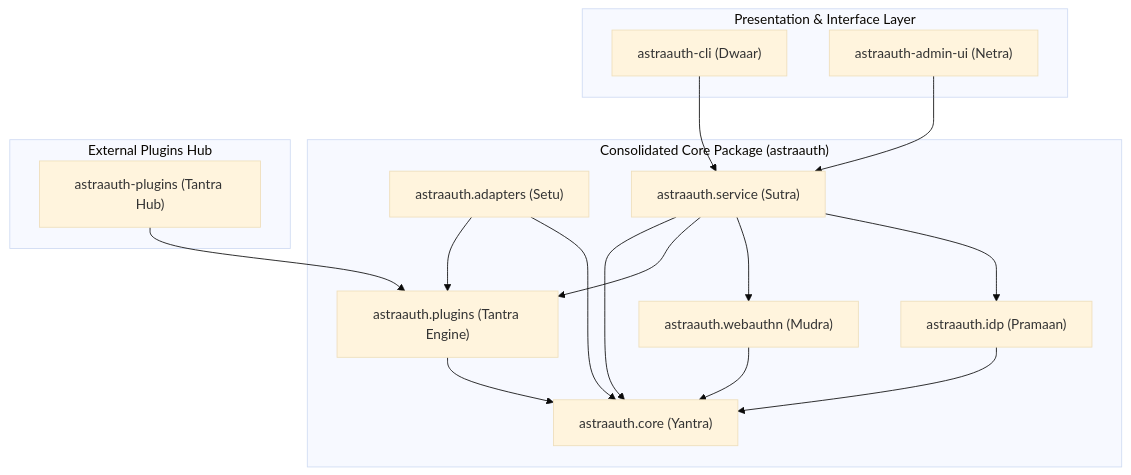
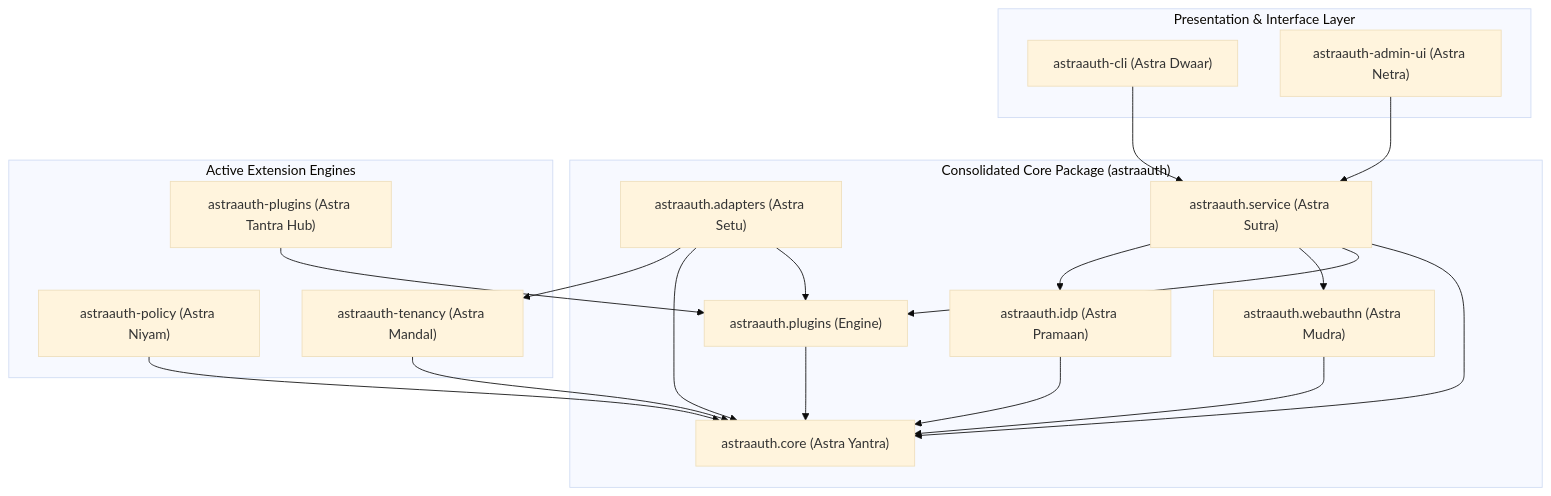
Before and after one commit to groverankur/Astra: the second of 7 diagrams in docs/about/architecture_and_workflows.md, drawn with Mermaid (base theme). The commit also changed other lines of this file and 59 other files, not shown here.

````diff
--- a/docs/about/architecture_and_workflows.md
+++ b/docs/about/architecture_and_workflows.md
@@ -80,39 +86,44 @@
 ```mermaid
 graph TD
     %% Define Layers
     subgraph presentation["Presentation & Interface Layer"]
-        cli_pkg["astraauth-cli (Dwaar)"]
-        ui_pkg["astraauth-admin-ui (Netra)"]
+        cli_pkg["astraauth-cli (Astra Dwaar)"]
+        ui_pkg["astraauth-admin-ui (Astra Netra)"]
     end
 
     subgraph core["Consolidated Core Package (astraauth)"]
-        adapters_pkg["astraauth.adapters (Setu)"]
-        service_pkg["astraauth.service (Sutra)"]
-        idp_pkg["astraauth.idp (Pramaan)"]
-        webauthn_pkg["astraauth.webauthn (Mudra)"]
-        plugins_pkg["astraauth.plugins (Tantra Engine)"]
-        core_pkg["astraauth.core (Yantra)"]
+        adapters_pkg["astraauth.adapters (Astra Setu)"]
+        service_pkg["astraauth.service (Astra Sutra)"]
+        idp_pkg["astraauth.idp (Astra Pramaan)"]
+        webauthn_pkg["astraauth.webauthn (Astra Mudra)"]
+        plugins_pkg["astraauth.plugins (Engine)"]
+        core_pkg["astraauth.core (Astra Yantra)"]
     end
 
-    subgraph hub["External Plugins Hub"]
-        hub_pkg["astraauth-plugins (Tantra Hub)"]
+    subgraph extensions["Active Extension Engines"]
+        policy_pkg["astraauth-policy (Astra Niyam)"]
+        tenancy_pkg["astraauth-tenancy (Astra Mandal)"]
+        hub_pkg["astraauth-plugins (Astra Tantra Hub)"]
     end
 
     %% Dependencies
     cli_pkg --> service_pkg
     ui_pkg --> service_pkg
     
+    adapters_pkg --> tenancy_pkg
     adapters_pkg --> core_pkg
     adapters_pkg --> plugins_pkg
 
     service_pkg --> idp_pkg
     service_pkg --> webauthn_pkg
     service_pkg --> plugins_pkg
     service_pkg --> core_pkg
 
     idp_pkg --> core_pkg
     webauthn_pkg --> core_pkg
     plugins_pkg --> core_pkg
 
     hub_pkg --> plugins_pkg
+    policy_pkg --> core_pkg
+    tenancy_pkg --> core_pkg
 ```
````
